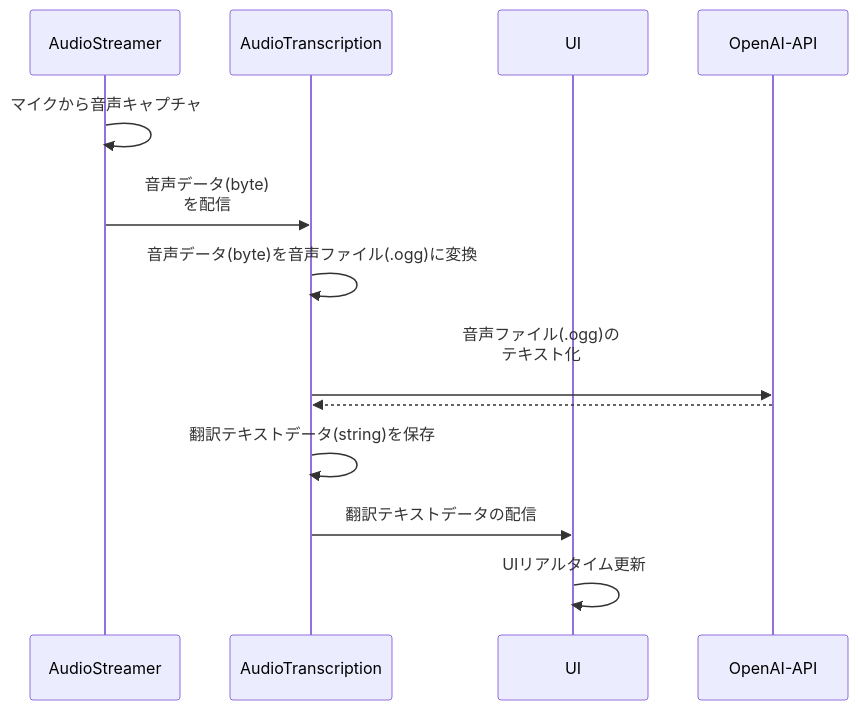
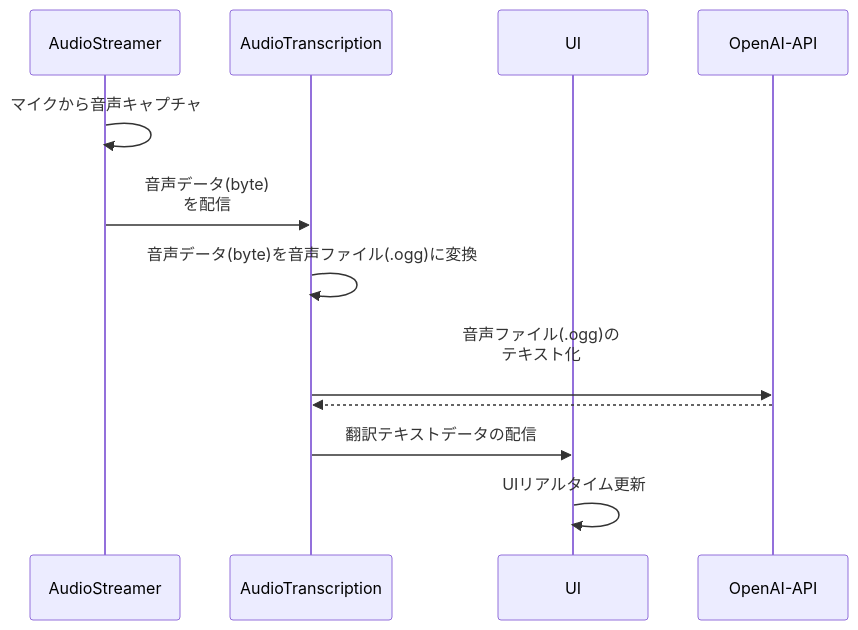
One commit to oshou/audio-transcription changed the diagram in README.md. Above: the diagram before and after it, drawn with Mermaid.

````diff
--- a/README.md
+++ b/README.md
@@ -47,16 +47,15 @@
 ```mermaid
 sequenceDiagram
   participant ASClient as AudioStreamer
   participant AT as AudioTranscription
   participant UI as UI
   participant OpenAI-API as OpenAI-API
 
   ASClient->>ASClient: マイクから音声キャプチャ
   ASClient->>AT: 音声データ(byte)<br/>を配信
   AT->>AT: 音声データ(byte)を音声ファイル(.ogg)に変換
   AT->>OpenAI-API: 音声ファイル(.ogg)の<br/>テキスト化<br/>
   OpenAI-API-->>AT:　
-  AT->>AT: 翻訳テキストデータ(string)を保存
   AT->>UI: 翻訳テキストデータの配信
   UI->>UI: UIリアルタイム更新
 ```
````
